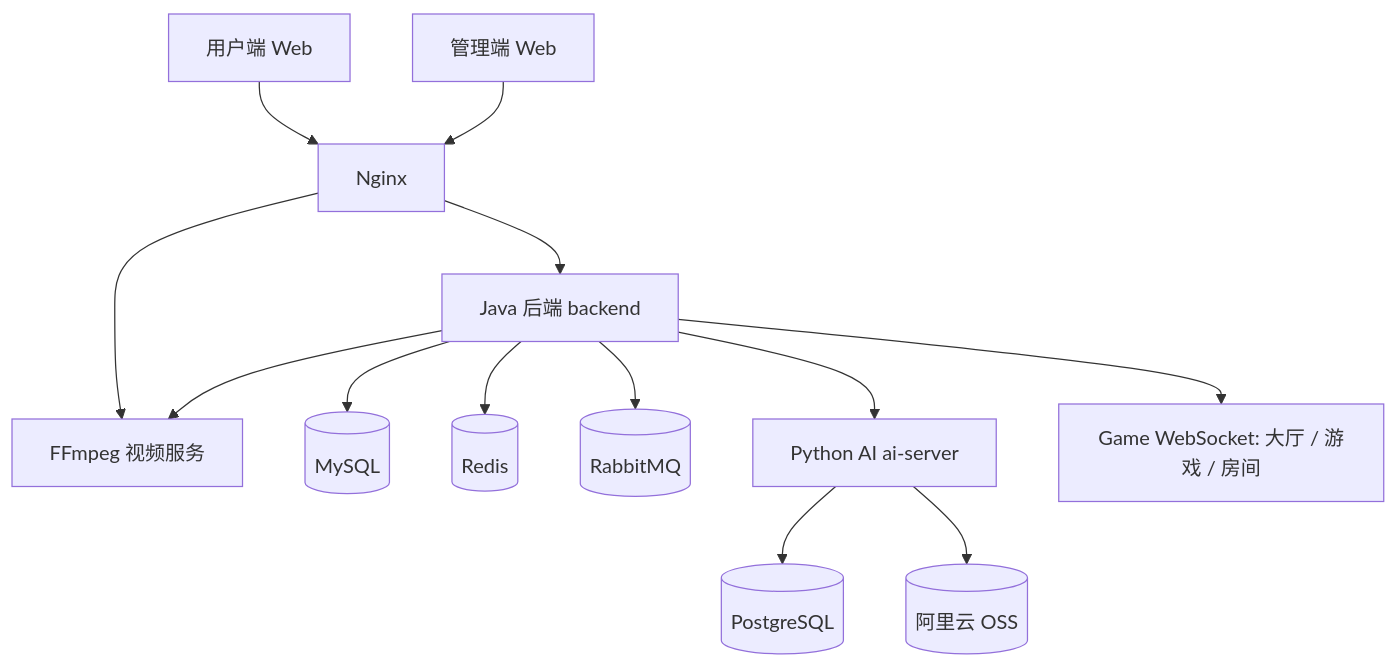
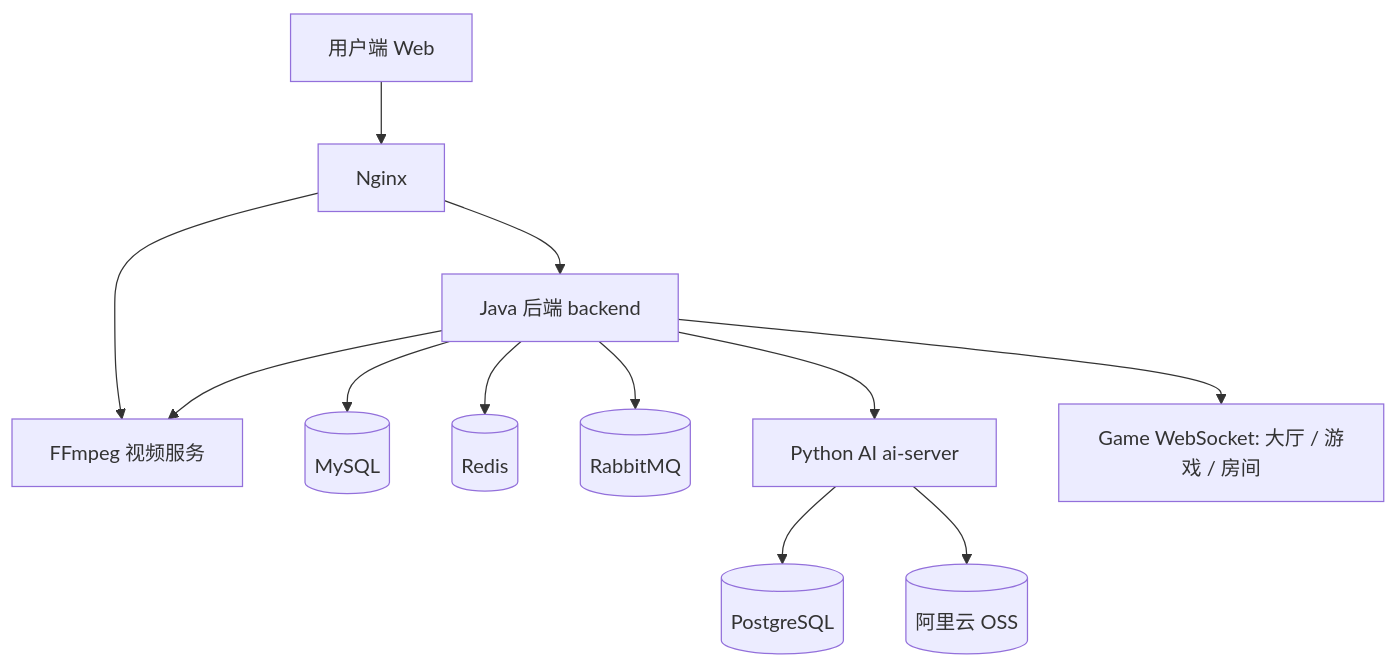
The first of 15 diagrams in README.md (pluchon/mengmeng_forum), drawn with Mermaid before and after one commit. The commit also changed other lines of this file and 587 other files, not shown here.

````diff
--- a/README.md
+++ b/README.md
@@ -68,17 +69,16 @@
 ```mermaid
 flowchart TB
   U[用户端 Web] --> N[Nginx]
-  A[管理端 Web] --> N
   N --> J[Java 后端 backend]
   N --> F[FFmpeg 视频服务]
 
   J --> M[(MySQL)]
   J --> R[(Redis)]
   J --> Q[(RabbitMQ)]
   J --> F
 
   J --> P[Python AI ai-server]
   J --> G[Game WebSocket: 大厅 / 游戏 / 房间]
   P --> PG[(PostgreSQL)]
   P --> OSS[(阿里云 OSS)]
 ```
````
